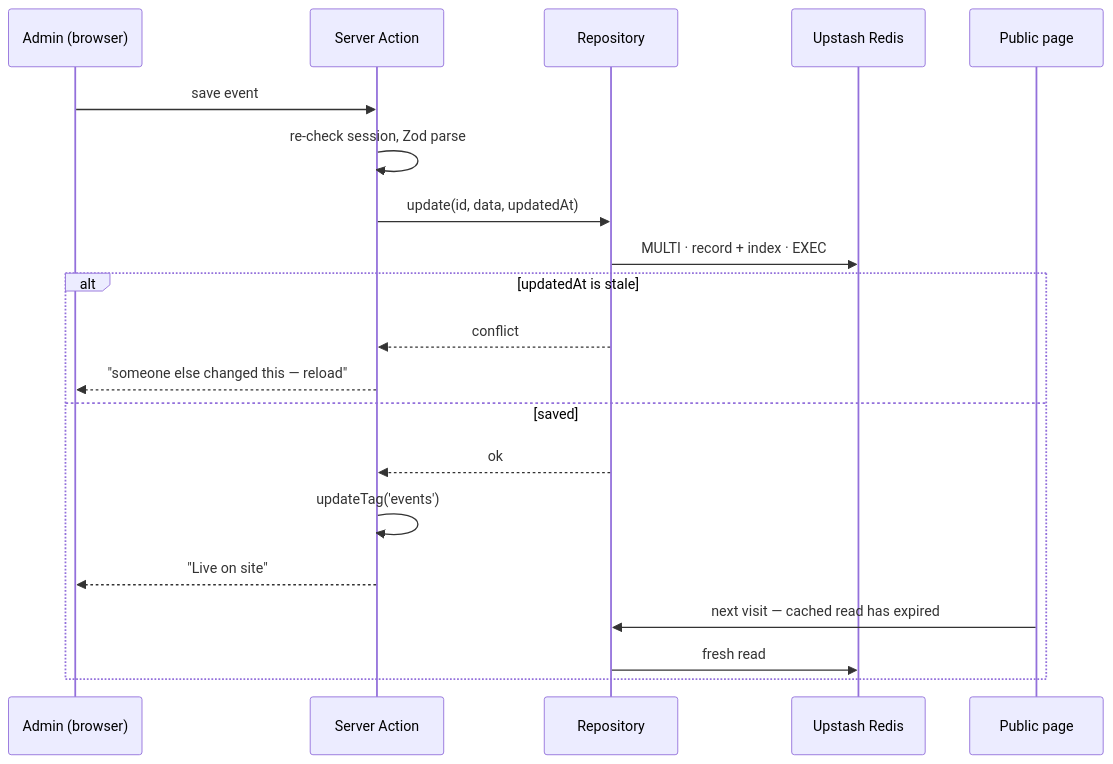
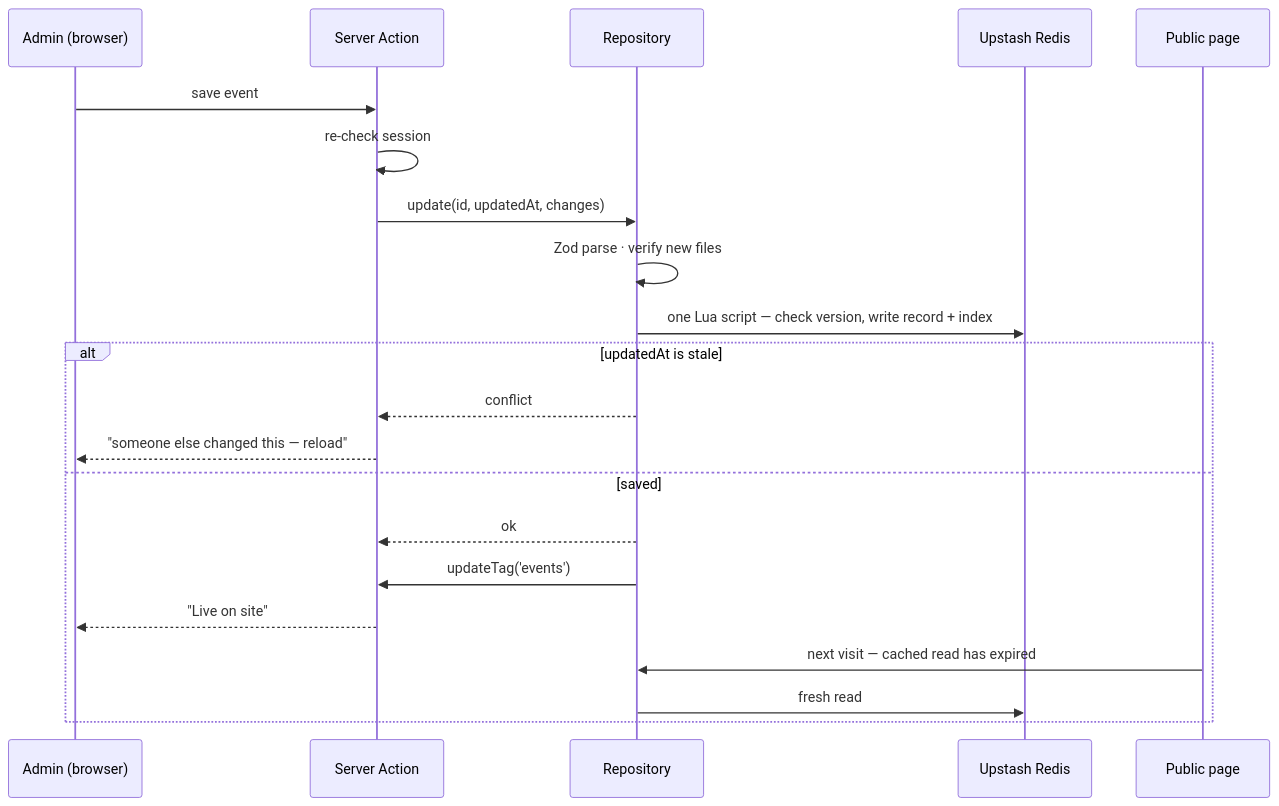
One commit to THEProgrammingGod69/SIG_Reality_Spectra-ARVR- changed the fourth of 5 diagrams in docs/ARCHITECTURE.md. Above: the diagram before and after it, drawn with Mermaid. The commit also changed other lines of this file and 67 other files, not shown here.

````diff
--- a/docs/ARCHITECTURE.md
+++ b/docs/ARCHITECTURE.md
@@ -202,23 +206,24 @@
 ```mermaid
 sequenceDiagram
   participant Admin as Admin (browser)
   participant SA as Server Action
   participant Repo as Repository
   participant Redis as Upstash Redis
   participant Page as Public page
 
   Admin->>SA: save event
-  SA->>SA: re-check session, Zod parse
-  SA->>Repo: update(id, data, updatedAt)
-  Repo->>Redis: MULTI · record + index · EXEC
+  SA->>SA: re-check session
+  SA->>Repo: update(id, updatedAt, changes)
+  Repo->>Repo: Zod parse · verify new files
+  Repo->>Redis: one Lua script — check version, write record + index
   alt updatedAt is stale
     Repo-->>SA: conflict
     SA-->>Admin: "someone else changed this — reload"
   else saved
     Repo-->>SA: ok
-    SA->>SA: updateTag('events')
+    Repo->>SA: updateTag('events')
     SA-->>Admin: "Live on site"
     Page->>Repo: next visit — cached read has expired
     Repo->>Redis: fresh read
   end
 ```
````
